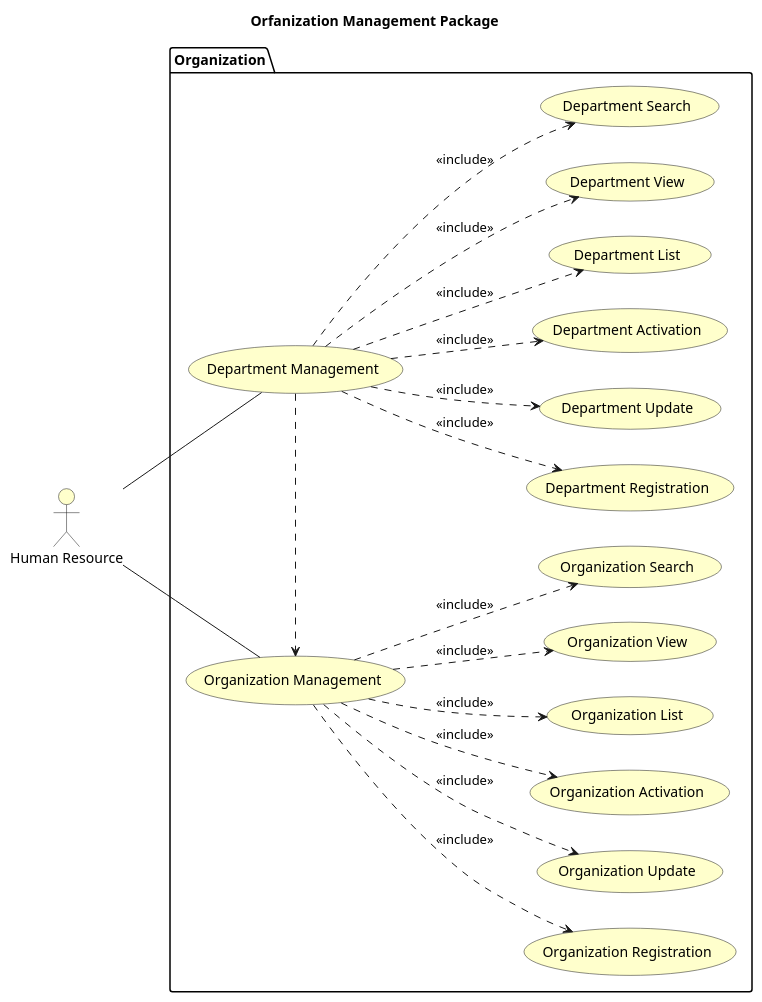
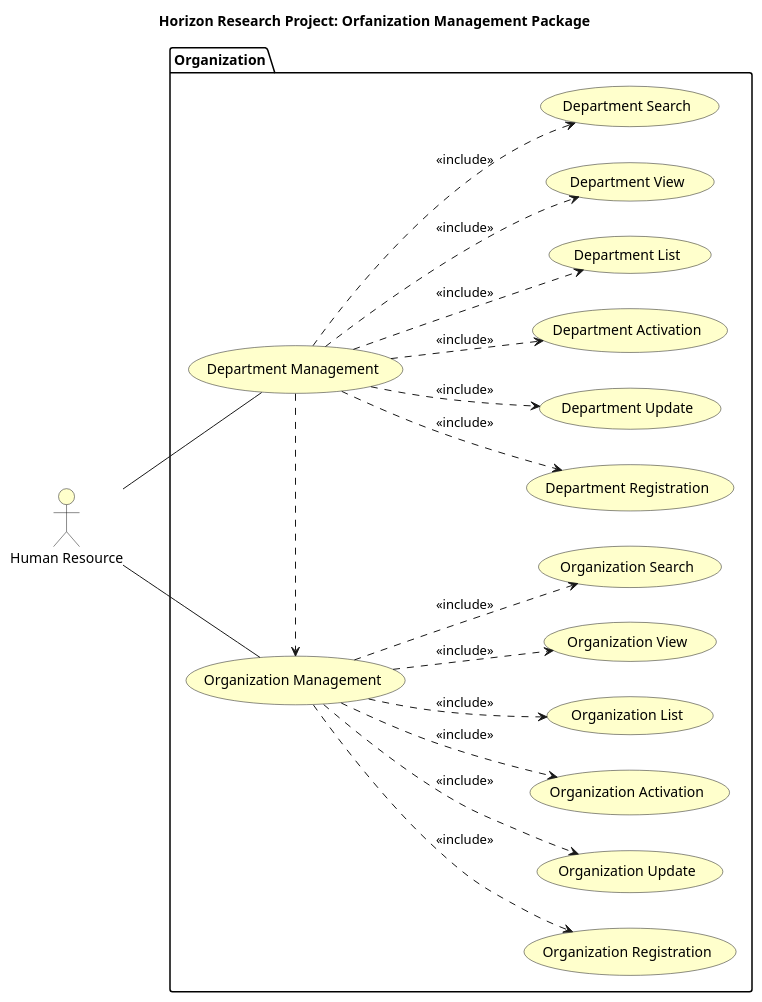
Before and after one commit to mahyaresteki/Horizon: the diagram in HorizonUml/UseCase/Use Case/Packages/OraganizationUseCase.puml, drawn with PlantUML. The commit also changed 12 other files, not shown here.

Commit message:
Update UML

```diff
--- a/HorizonUml/UseCase/Use Case/Packages/OraganizationUseCase.puml
+++ b/HorizonUml/UseCase/Use Case/Packages/OraganizationUseCase.puml
@@ -1,47 +1,47 @@
 @startuml
 left to right direction
 
 skinparam useCaseBackgroundColor #Business
 skinparam actorBackgroundColor #Business
 
-title Orfanization Management Package
+title Horizon Research Project: Orfanization Management Package
 
 :Human Resource: as HR
 
 package "Organization"{
     usecase "Organization Management" as organizationManagement
     usecase "Organization Registration" as organizationRegistration
     usecase "Organization Update" as organizationUpdate
     usecase "Organization Activation" as organizationActivation
     usecase "Organization List" as organizationList
     usecase "Organization View" as organizationView
     usecase "Organization Search" as organizationSearch
     usecase "Department Management" as departmentManagement
     usecase "Department Registration" as departmentRegistration
     usecase "Department Update" as departmentUpdate
     usecase "Department Activation" as departmentActivation
     usecase "Department List" as departmentList
     usecase "Department View" as departmentView
     usecase "Department Search" as departmentSearch
 }
 
 HR -- departmentManagement
 HR -- organizationManagement
 
 departmentManagement .> organizationManagement
 
 organizationManagement ..> organizationRegistration : <<include>>
 organizationManagement ..> organizationUpdate : <<include>>
 organizationManagement ..> organizationActivation : <<include>>
 organizationManagement ..> organizationList : <<include>>
 organizationManagement ..> organizationView : <<include>>
 organizationManagement ..> organizationSearch : <<include>>
 departmentManagement ..> departmentRegistration : <<include>>
 departmentManagement ..> departmentUpdate : <<include>>
 departmentManagement ..> departmentActivation : <<include>>
 departmentManagement ..> departmentList : <<include>>
 departmentManagement ..> departmentView : <<include>>
 departmentManagement ..> departmentSearch : <<include>>
 
 
 @enduml
```
